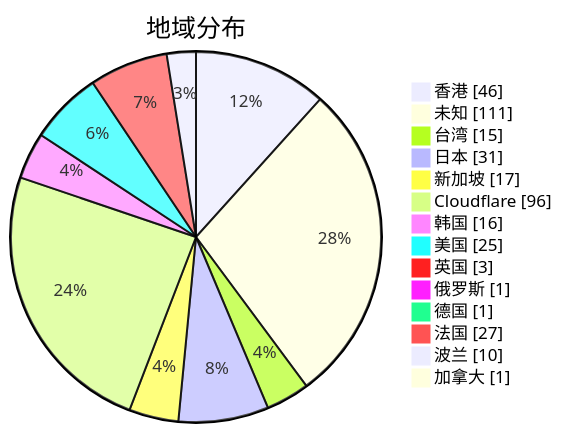
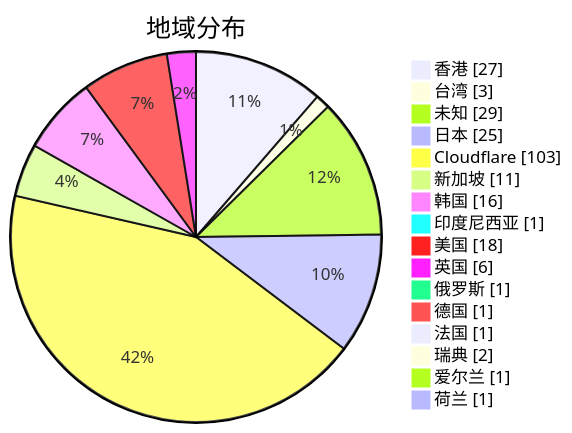
Before and after one commit to qjlxg/airport: the second of 3 diagrams in subs/statistics/tested_within.md, drawn with Mermaid. The commit also changed other lines of this file and 2 other files, not shown here.

Commit message:
Tested by metaST

````diff
--- a/subs/statistics/tested_within.md
+++ b/subs/statistics/tested_within.md
@@ -14,18 +12,20 @@
 ```mermaid
 pie showData
 title 地域分布
-"香港" : 46
-"未知" : 111
-"台湾" : 15
-"日本" : 31
-"新加坡" : 17
-"Cloudflare" : 96
+"香港" : 27
+"台湾" : 3
+"未知" : 29
+"日本" : 25
+"Cloudflare" : 103
+"新加坡" : 11
 "韩国" : 16
-"美国" : 25
-"英国" : 3
+"印度尼西亚" : 1
+"美国" : 18
+"英国" : 6
 "俄罗斯" : 1
 "德国" : 1
-"法国" : 27
-"波兰" : 10
-"加拿大" : 1
+"法国" : 1
+"瑞典" : 2
+"爱尔兰" : 1
+"荷兰" : 1
 ```
````
